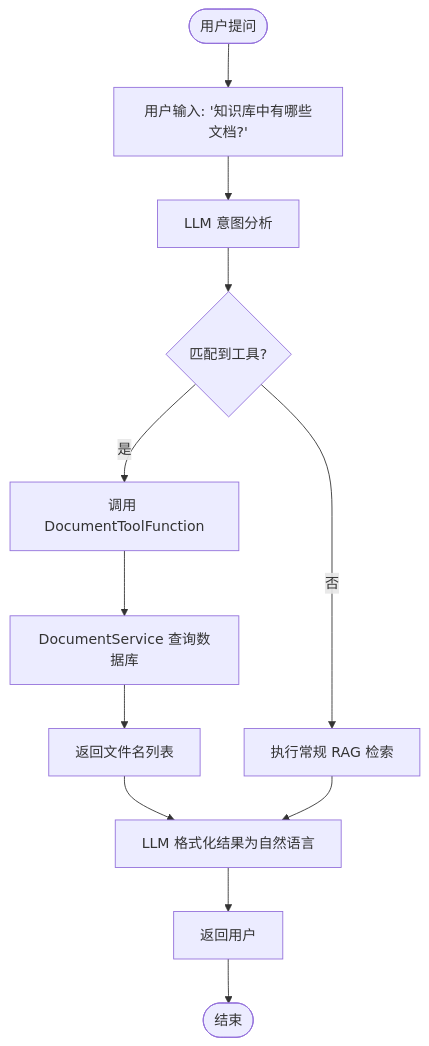
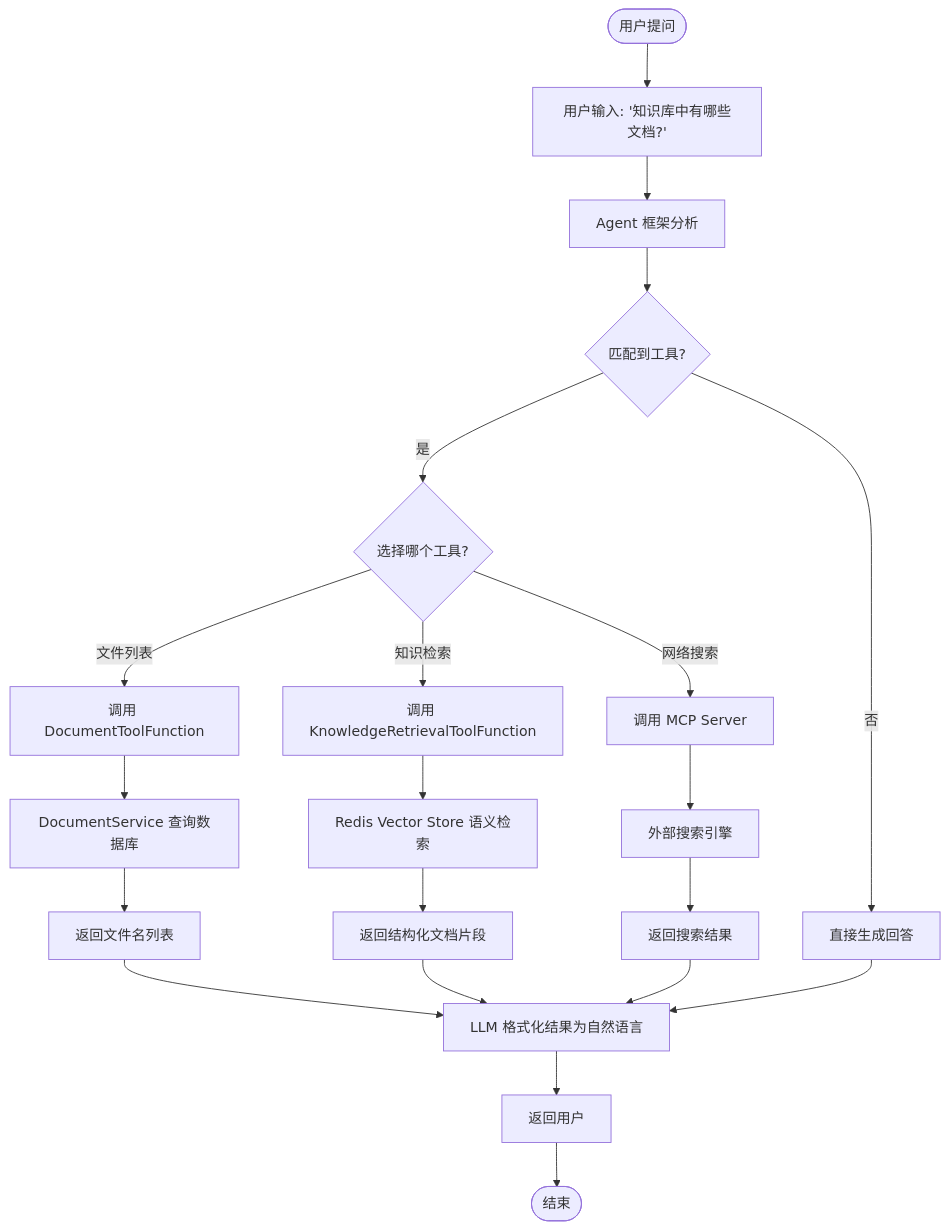
One commit to Utomcat/spring-ai-rag-agent changed the fifth of 6 diagrams in md/architecture.md. Above: the diagram before and after it, drawn with Mermaid. The commit also changed other lines of this file and 6 other files, not shown here.

````diff
--- a/md/architecture.md
+++ b/md/architecture.md
@@ -261,14 +271,23 @@
 ```mermaid
 flowchart TD
     Start([用户提问]) --> Input[用户输入: '知识库中有哪些文档?']
-    Input --> LLM[LLM 意图分析]
-    LLM --> MatchTool{匹配到工具?}
-    MatchTool -->|是| CallFunc[调用 DocumentToolFunction]
-    MatchTool -->|否| NormalRAG[执行常规 RAG 检索]
-    CallFunc --> QueryDB[DocumentService 查询数据库]
+    Input --> Agent[Agent 框架分析]
+    Agent --> MatchTool{匹配到工具?}
+    MatchTool -->|是| SelectTool{选择哪个工具?}
+    MatchTool -->|否| DirectAnswer[直接生成回答]
+    SelectTool -->|文件列表| CallDocFunc[调用 DocumentToolFunction]
+    SelectTool -->|知识检索| CallRetrievalFunc[调用 KnowledgeRetrievalToolFunction]
+    SelectTool -->|网络搜索| CallMcpServer[调用 MCP Server]
+    CallDocFunc --> QueryDB[DocumentService 查询数据库]
     QueryDB --> ReturnList[返回文件名列表]
+    CallRetrievalFunc --> VectorSearch[Redis Vector Store 语义检索]
+    VectorSearch --> ReturnDocs[返回结构化文档片段]
+    CallMcpServer --> ExternalSearch[外部搜索引擎]
+    ExternalSearch --> ReturnResults[返回搜索结果]
     ReturnList --> LLMFormat[LLM 格式化结果为自然语言]
-    NormalRAG --> LLMFormat
+    ReturnDocs --> LLMFormat
+    ReturnResults --> LLMFormat
+    DirectAnswer --> LLMFormat
     LLMFormat --> Response[返回用户]
     Response --> End([结束])
 ```
````
